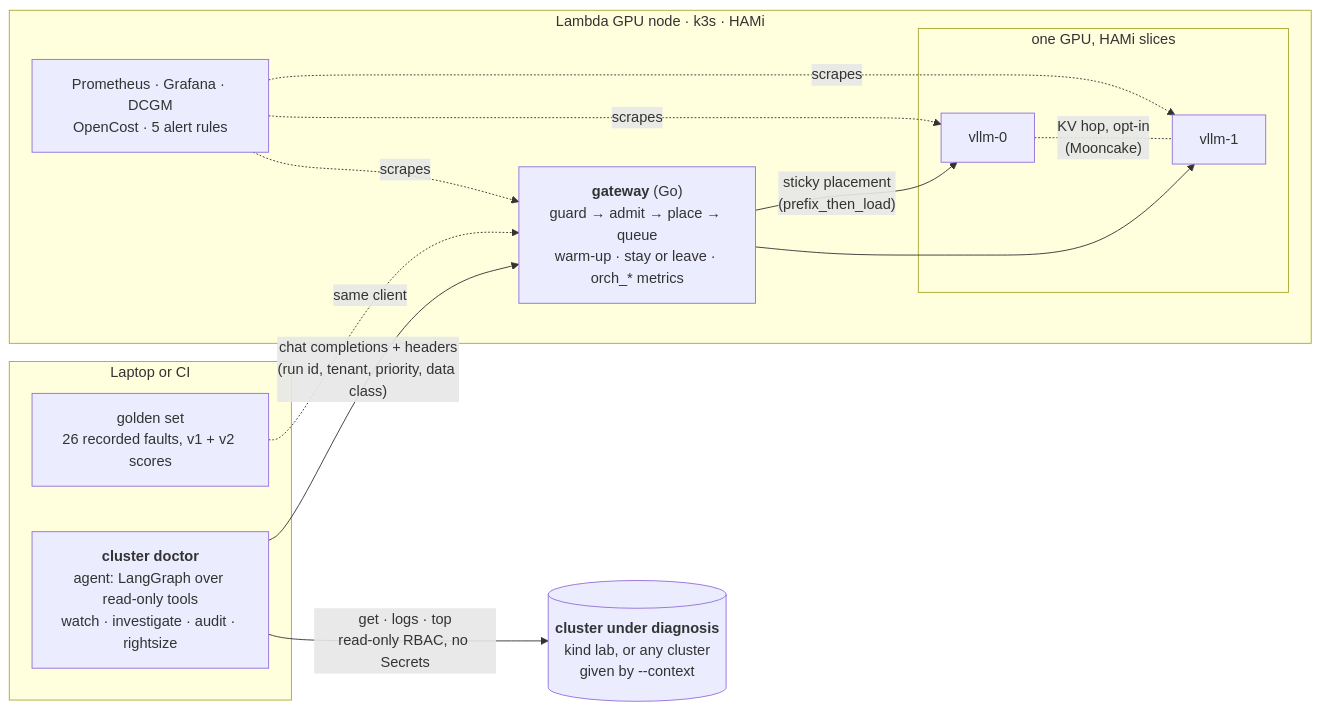
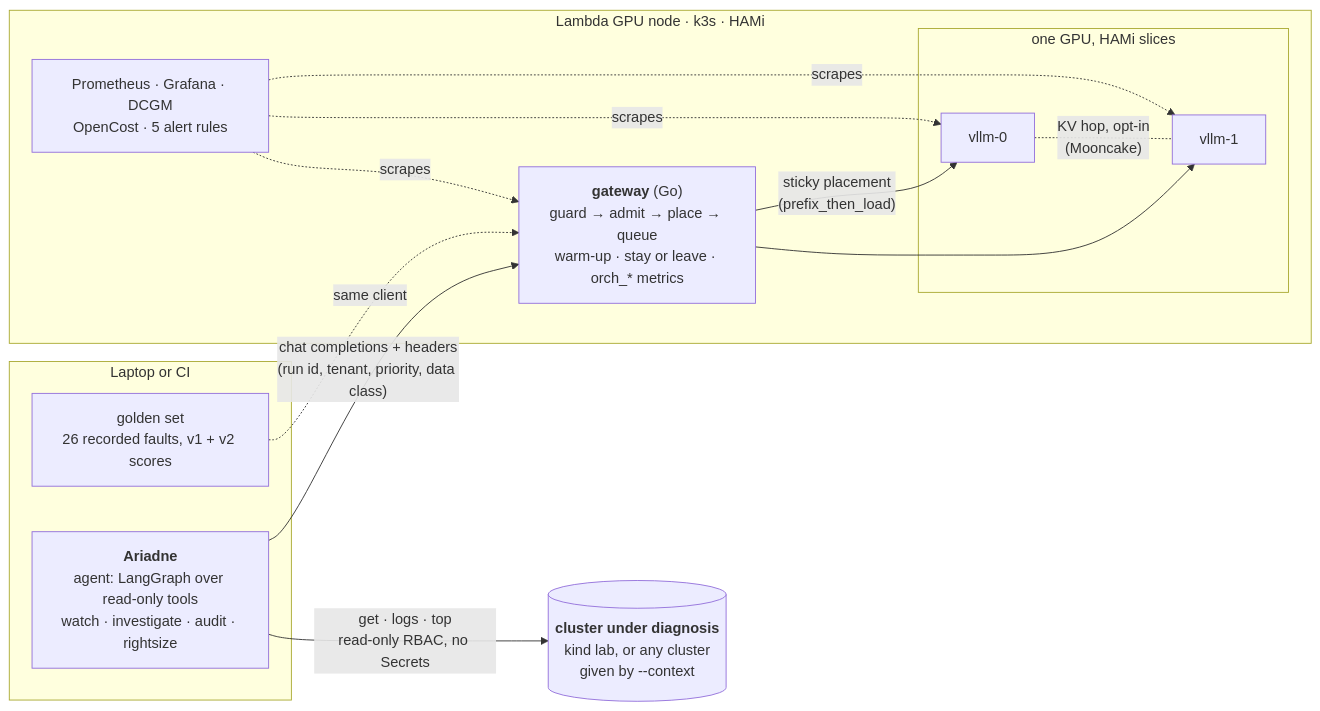
One commit to cduggn/Ariadne changed the diagram in design/architecture.md. Above: the diagram before and after it, drawn with Mermaid. The commit also changed 15 other files, not shown here.

````diff
--- a/design/architecture.md
+++ b/design/architecture.md
@@ -3,28 +3,28 @@
 ```mermaid
 flowchart LR
     subgraph laptop["Laptop or CI"]
-        doctor["<b>cluster doctor</b><br/>agent: LangGraph over read-only tools<br/>watch · investigate · audit · rightsize"]
+        doctor["<b>Ariadne</b><br/>agent: LangGraph over read-only tools<br/>watch · investigate · audit · rightsize"]
         evals["golden set<br/>26 recorded faults, v1 + v2 scores"]
     end
 
     subgraph node["Lambda GPU node · k3s · HAMi"]
         gw["<b>gateway</b> (Go)<br/>guard → admit → place → queue<br/>warm-up · stay or leave · orch_* metrics"]
         subgraph gpu["one GPU, HAMi slices"]
             v0["vllm-0"]
             v1["vllm-1"]
         end
         obs["Prometheus · Grafana · DCGM<br/>OpenCost · 5 alert rules"]
     end
 
     target[("<b>cluster under diagnosis</b><br/>kind lab, or any cluster<br/>given by --context")]
 
     doctor -- "chat completions + headers<br/>(run id, tenant, priority, data class)" --> gw
     evals -. "same client" .-> gw
     gw -- "sticky placement<br/>(prefix_then_load)" --> v0
     gw --> v1
     v0 -. "KV hop, opt-in<br/>(Mooncake)" .- v1
     doctor -- "get · logs · top<br/>read-only RBAC, no Secrets" --> target
     obs -. scrapes .-> gw
     obs -. scrapes .-> v0
     obs -. scrapes .-> v1
 ```
````
